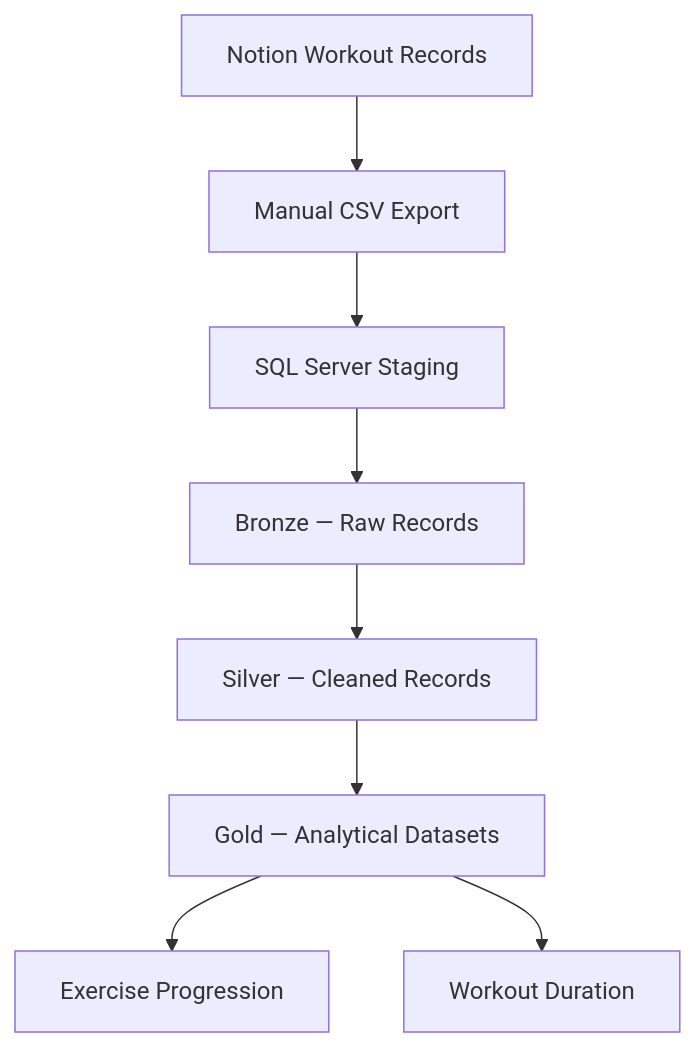
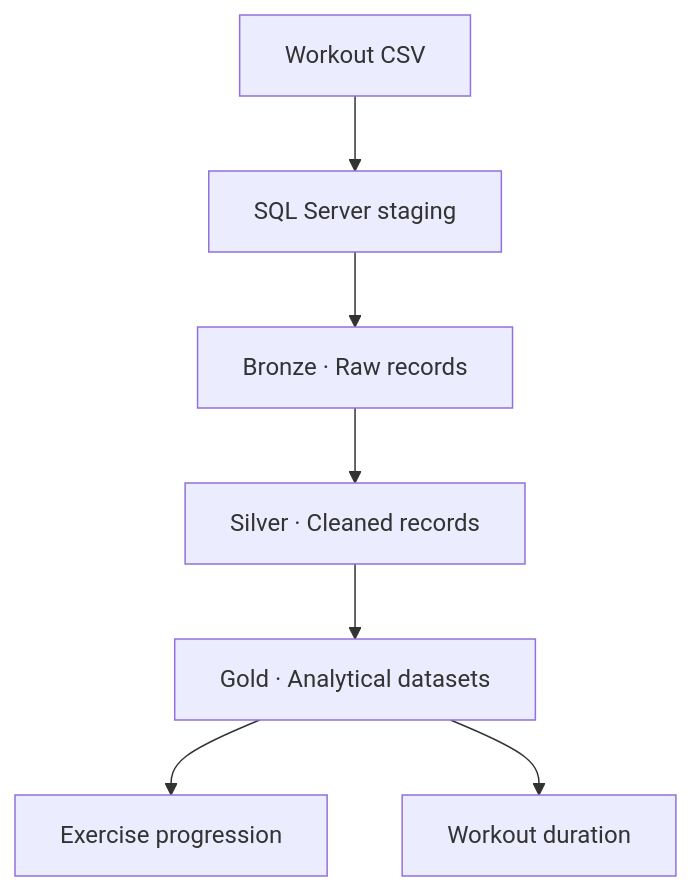
One commit to laurogime/Gym_Data_Pipeline changed the diagram in README.md. Above: the diagram before and after it, drawn with Mermaid. The commit also changed other lines of this file and 13 other files, not shown here.

````diff
--- a/README.md
+++ b/README.md
@@ -40,10 +11,9 @@
 ```mermaid
 flowchart TD
-    A["Notion Workout Records"] --> B["Manual CSV Export"]
-    B --> C["SQL Server Staging"]
-    C --> D["Bronze — Raw Records"]
-    D --> E["Silver — Cleaned Records"]
-    E --> F["Gold — Analytical Datasets"]
-    F --> G["Exercise Progression"]
-    F --> H["Workout Duration"]
+    A["Workout CSV"] --> B["SQL Server staging"]
+    B --> C["Bronze · Raw records"]
+    C --> D["Silver · Cleaned records"]
+    D --> E["Gold · Analytical datasets"]
+    E --> F["Exercise progression"]
+    E --> G["Workout duration"]
 ```
````
